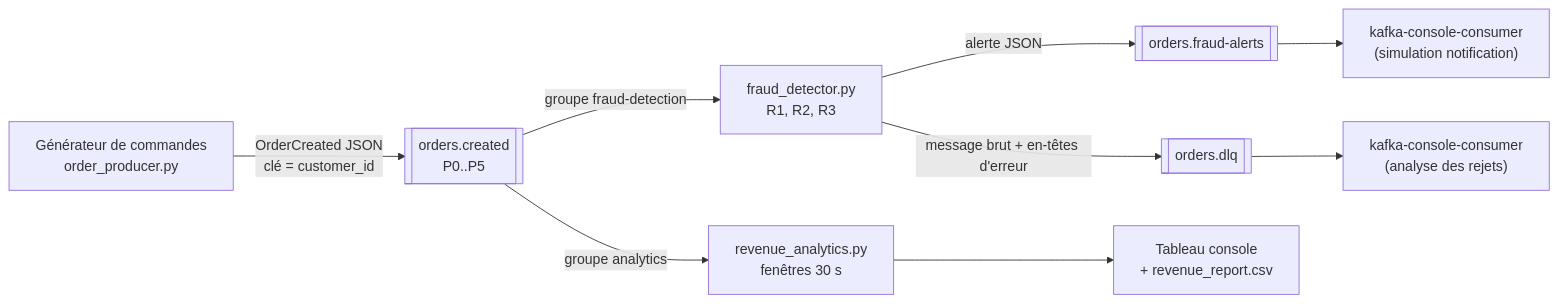
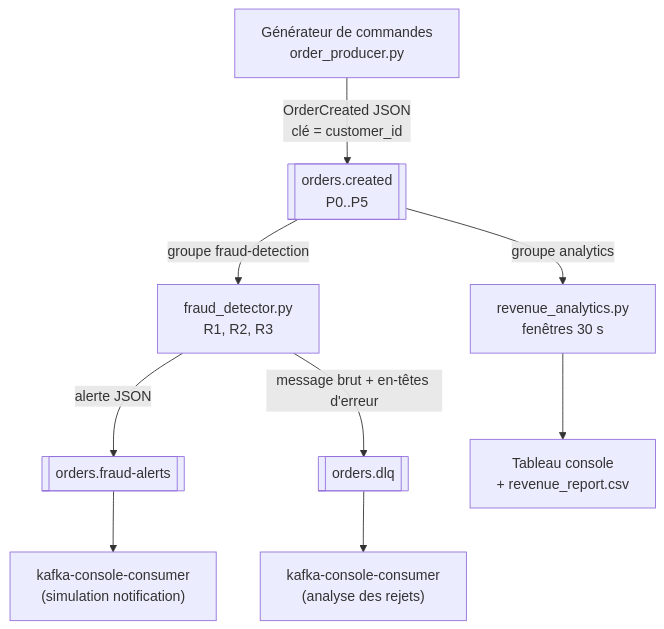
The sixth of 9 diagrams in Rapport_Kafka_ShopStream.md (Ayib201/presentation-bigData), drawn with Mermaid before and after one commit. The commit also changed 12 other files, not shown here.

````diff
--- a/Rapport_Kafka_ShopStream.md
+++ b/Rapport_Kafka_ShopStream.md
@@ -478,11 +478,11 @@
 ```mermaid
-flowchart LR
+flowchart TB
     G["Générateur de commandes<br/>order_producer.py"] -- "OrderCreated JSON<br/>clé = customer_id" --> T1[["orders.created<br/>P0..P5"]]
     T1 -- "groupe fraud-detection" --> F["fraud_detector.py<br/>R1, R2, R3"]
     T1 -- "groupe analytics" --> A["revenue_analytics.py<br/>fenêtres 30 s"]
     F -- "alerte JSON" --> T2[["orders.fraud-alerts"]]
     F -- "message brut + en-têtes d'erreur" --> T3[["orders.dlq"]]
     T2 --> C1["kafka-console-consumer<br/>(simulation notification)"]
     T3 --> C2["kafka-console-consumer<br/>(analyse des rejets)"]
     A --> R["Tableau console<br/>+ revenue_report.csv"]
 ```
````
